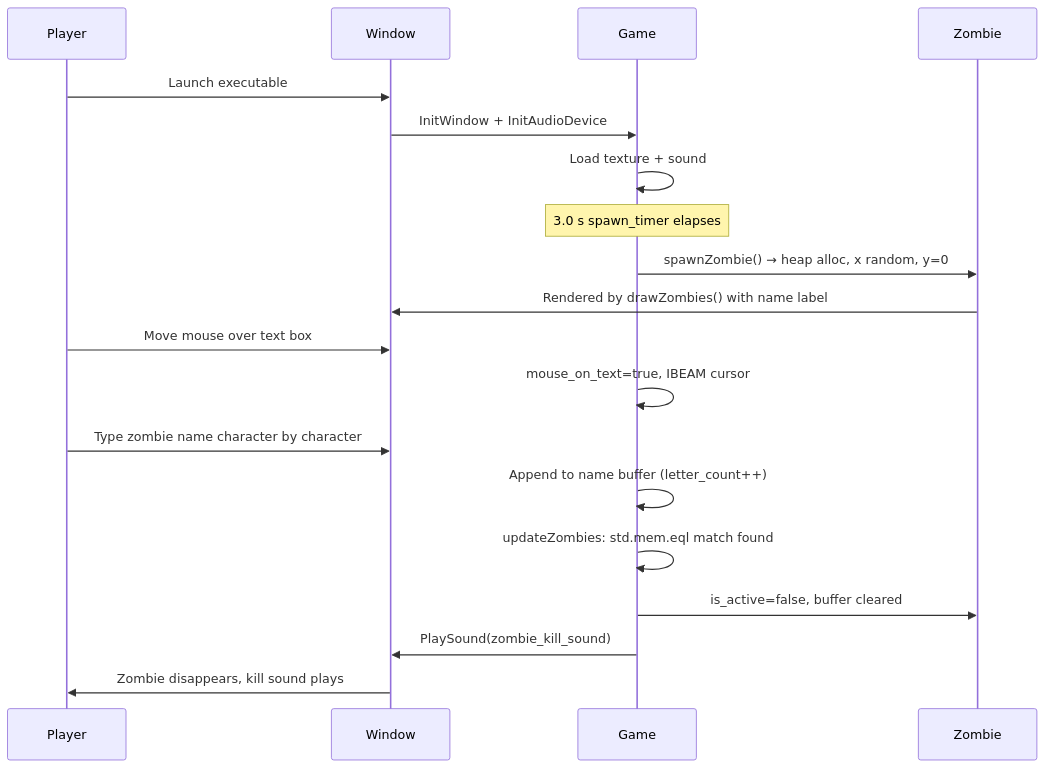
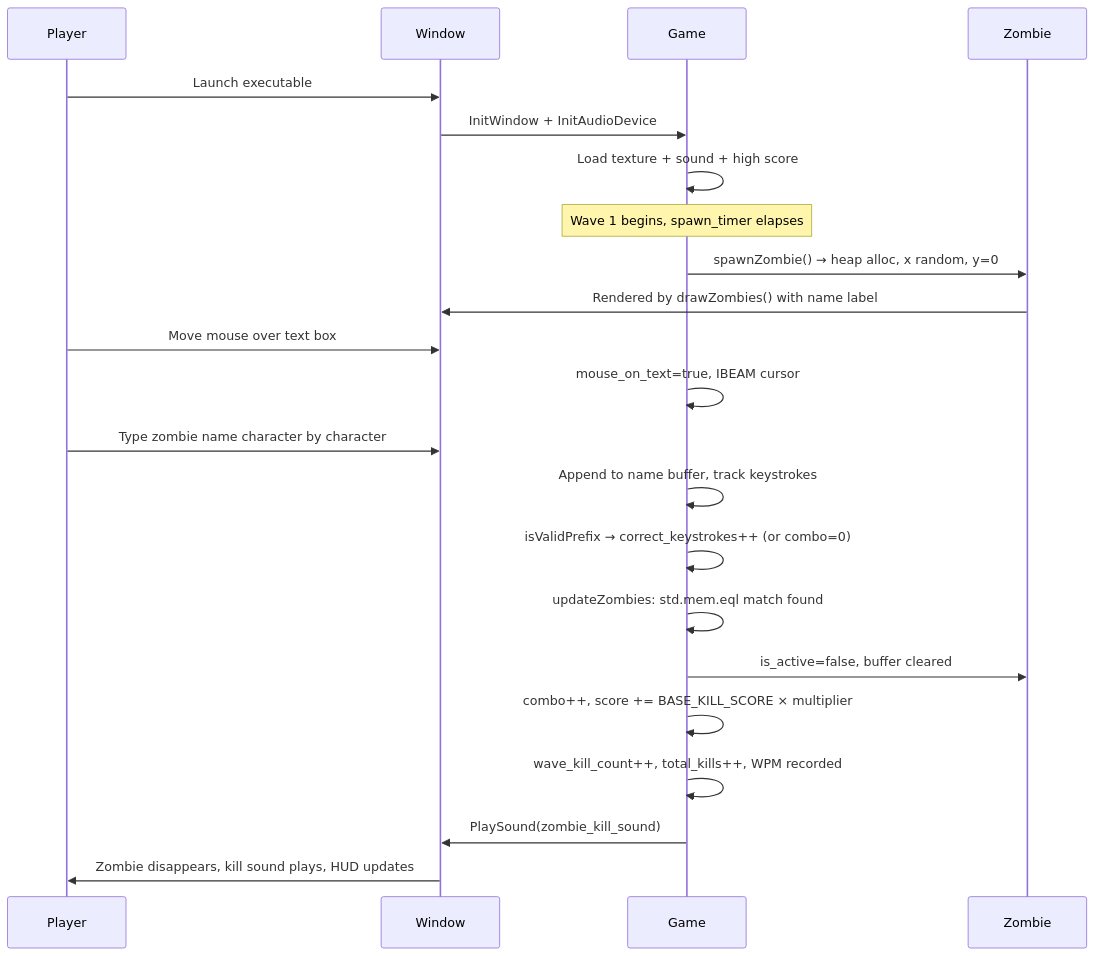
The second of 10 diagrams in specs/specifications/features.md (bfernandez31/death-note), drawn with Mermaid before and after one commit. The commit also changed other lines of this file and 8 other files, not shown here.

````diff
--- a/specs/specifications/features.md
+++ b/specs/specifications/features.md
@@ -313,22 +512,25 @@
 ```mermaid
 sequenceDiagram
     participant Player
     participant Window
     participant Game
     participant Zombie
 
     Player->>Window: Launch executable
     Window->>Game: InitWindow + InitAudioDevice
-    Game->>Game: Load texture + sound
-    Note over Game: 3.0 s spawn_timer elapses
+    Game->>Game: Load texture + sound + high score
+    Note over Game: Wave 1 begins, spawn_timer elapses
     Game->>Zombie: spawnZombie() → heap alloc, x random, y=0
     Zombie->>Window: Rendered by drawZombies() with name label
     Player->>Window: Move mouse over text box
     Game->>Game: mouse_on_text=true, IBEAM cursor
     Player->>Window: Type zombie name character by character
-    Game->>Game: Append to name buffer (letter_count++)
+    Game->>Game: Append to name buffer, track keystrokes
+    Game->>Game: isValidPrefix → correct_keystrokes++ (or combo=0)
     Game->>Game: updateZombies: std.mem.eql match found
     Game->>Zombie: is_active=false, buffer cleared
+    Game->>Game: combo++, score += BASE_KILL_SCORE × multiplier
+    Game->>Game: wave_kill_count++, total_kills++, WPM recorded
     Game->>Window: PlaySound(zombie_kill_sound)
-    Window->>Player: Zombie disappears, kill sound plays
+    Window->>Player: Zombie disappears, kill sound plays, HUD updates
 ```
````
